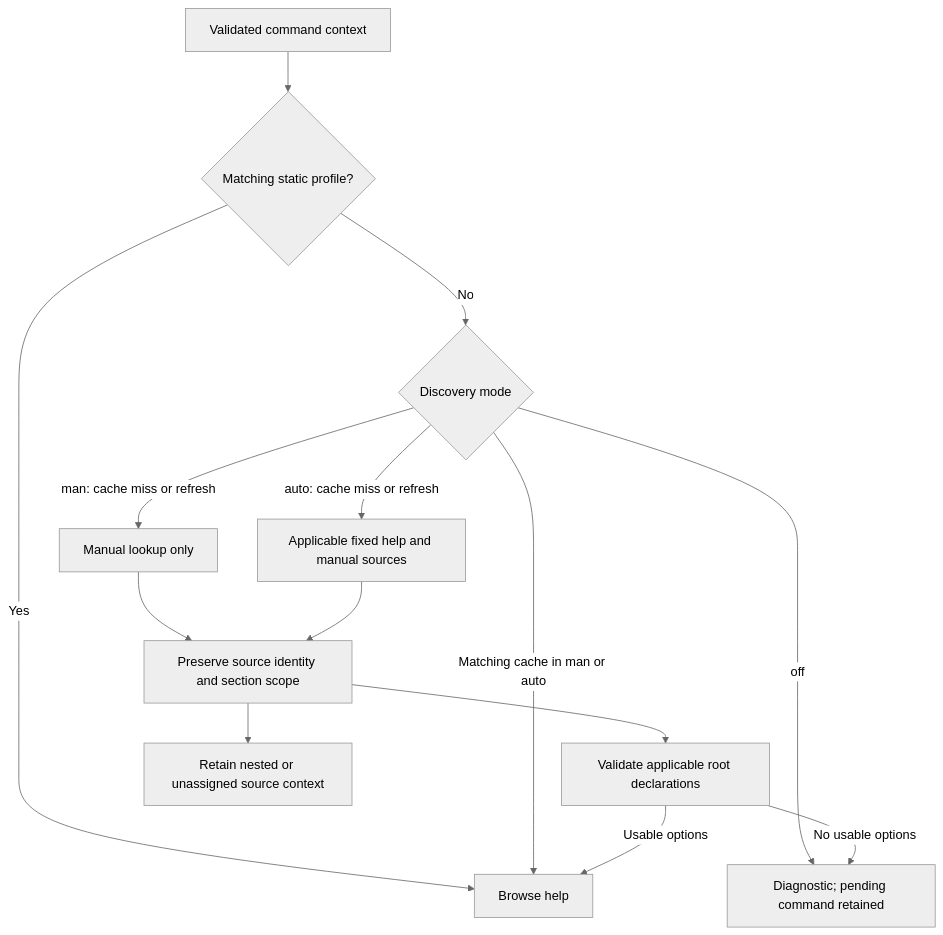
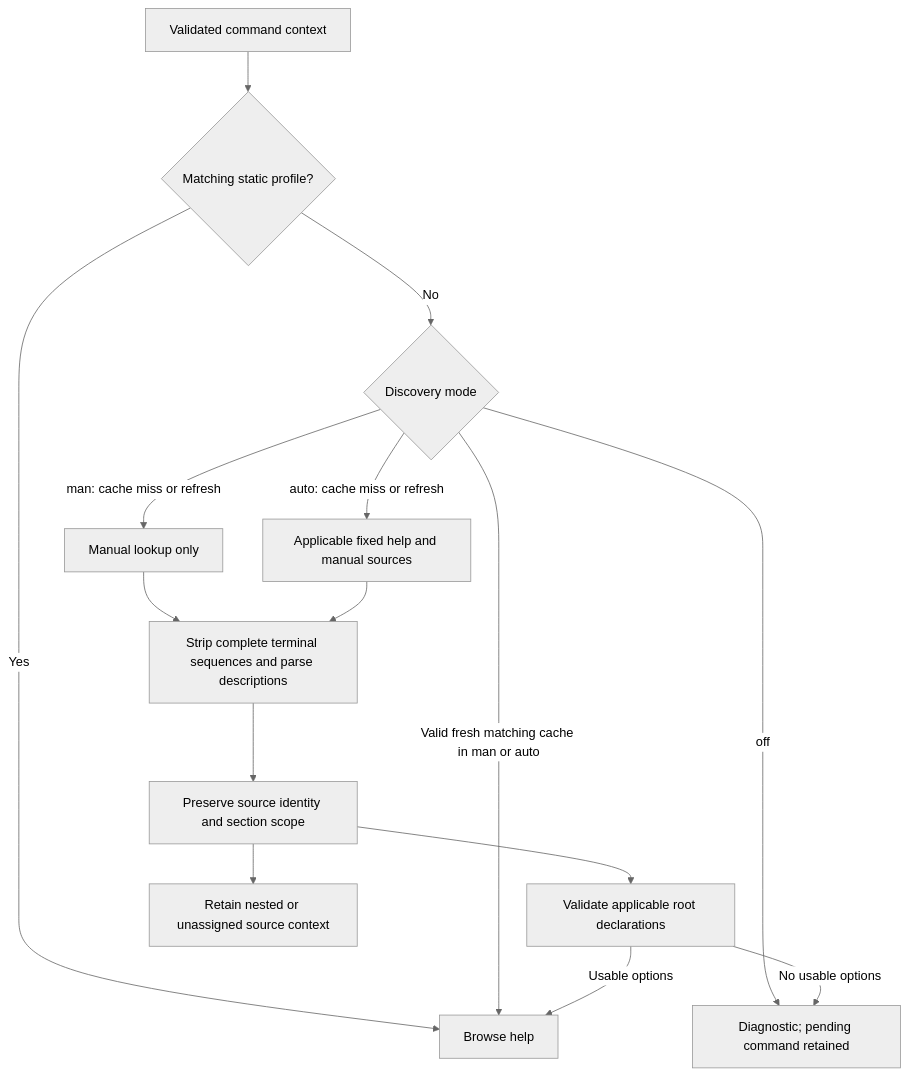
Before and after one commit to Usrnmna/CLI-InteractiveHelpMenu: the diagram in docs/discovery-and-safety.md, drawn with Mermaid (neutral theme). The commit also changed other lines of this file and 24 other files, not shown here.

````diff
--- a/docs/discovery-and-safety.md
+++ b/docs/discovery-and-safety.md
@@ -9,16 +9,17 @@
 ```mermaid
 flowchart TD
     C[Validated command context] --> P{Matching static profile?}
     P -->|Yes| B[Browse help]
     P -->|No| M{Discovery mode}
     M -->|off| E[Diagnostic; pending command retained]
-    M -->|Matching cache in man or auto| B
+    M -->|Valid fresh matching cache in man or auto| B
     M -->|man: cache miss or refresh| A[Manual lookup only]
     M -->|auto: cache miss or refresh| H[Applicable fixed help and manual sources]
-    A --> S[Preserve source identity and section scope]
-    H --> S
+    A --> T[Strip complete terminal sequences and parse descriptions]
+    H --> T
+    T --> S[Preserve source identity and section scope]
     S --> V[Validate applicable root declarations]
     S --> N[Retain nested or unassigned source context]
     V -->|Usable options| B
     V -->|No usable options| E
 ```
````
